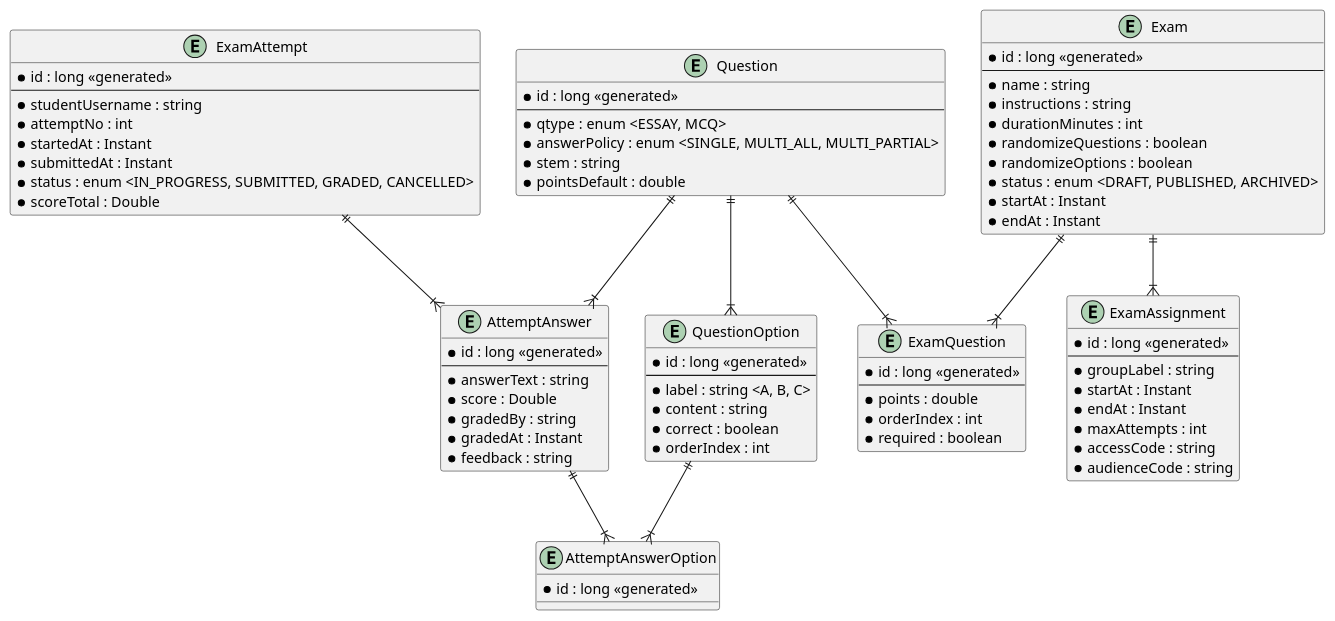
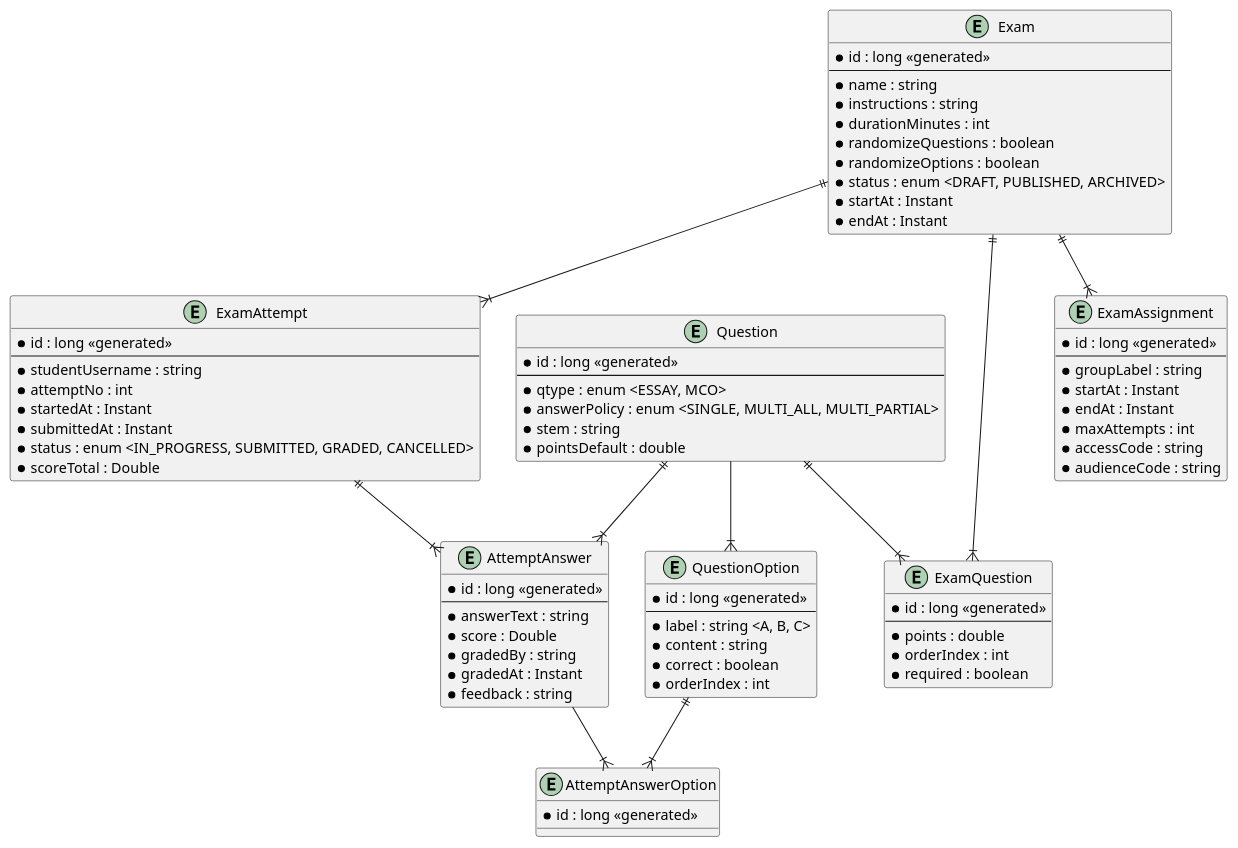
The diagram in docs/db/schema.puml (aronipurwanto/sisko-exam), drawn with PlantUML before and after one commit. The commit also changed 13 other files, not shown here.

```diff
--- a/docs/db/schema.puml
+++ b/docs/db/schema.puml
@@ -1,86 +1,87 @@
 @startuml
 
 entity Question {
     * id : long <<generated>>
     --
-    * qtype : enum <ESSAY, MCQ>
+    * qtype : enum <ESSAY, MCO>
     * answerPolicy : enum <SINGLE, MULTI_ALL, MULTI_PARTIAL>
     * stem : string
     * pointsDefault : double
 }
 
 entity QuestionOption {
     * id : long <<generated>>
     --
     * label : string <A, B, C>
     * content : string
     * correct : boolean
     * orderIndex : int
 }
 
 entity Exam {
     * id : long <<generated>>
     --
     * name : string
     * instructions : string
     * durationMinutes : int
     * randomizeQuestions : boolean
     * randomizeOptions : boolean
     * status : enum <DRAFT, PUBLISHED, ARCHIVED>
     * startAt : Instant
     * endAt : Instant
 }
 
 entity ExamAssignment {
     * id : long <<generated>>
     --
     * groupLabel : string
     * startAt : Instant
     * endAt : Instant
     * maxAttempts : int
     * accessCode : string
     * audienceCode : string
 }
 
 entity AttemptAnswer {
     * id : long <<generated>>
     --
     * answerText : string
     * score : Double
     * gradedBy : string
     * gradedAt : Instant
     * feedback : string
 }
 
 entity ExamAttempt {
     * id : long <<generated>>
     --
     * studentUsername : string
     * attemptNo : int
     * startedAt : Instant
     * submittedAt : Instant
     * status : enum <IN_PROGRESS, SUBMITTED, GRADED, CANCELLED>
     * scoreTotal : Double
 }
 
 entity ExamQuestion {
     * id : long <<generated>>
     --
     * points : double
     * orderIndex : int
     * required : boolean
 }
 
 entity AttemptAnswerOption {
     * id : long <<generated>>
 }
 
-Question ||--|{ QuestionOption
+Question |O--|{ QuestionOption
 Exam ||--|{ ExamAssignment
 QuestionOption ||--|{ AttemptAnswerOption
 Question ||--|{ AttemptAnswer
 ExamAttempt ||--|{ AttemptAnswer
-AttemptAnswer ||--|{ AttemptAnswerOption
+AttemptAnswer |O--|{ AttemptAnswerOption
 Exam ||--|{ ExamQuestion
 Question ||--|{ ExamQuestion
+Exam ||--|{ ExamAttempt
 @enduml
```
